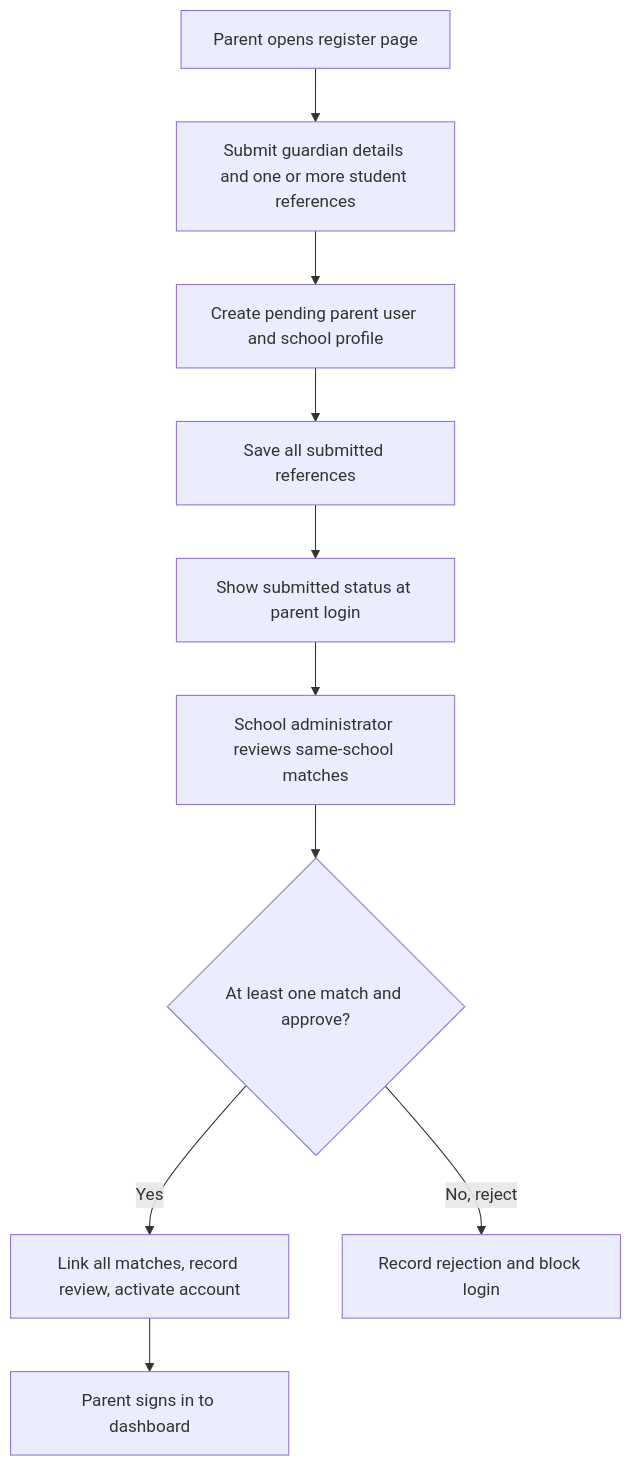
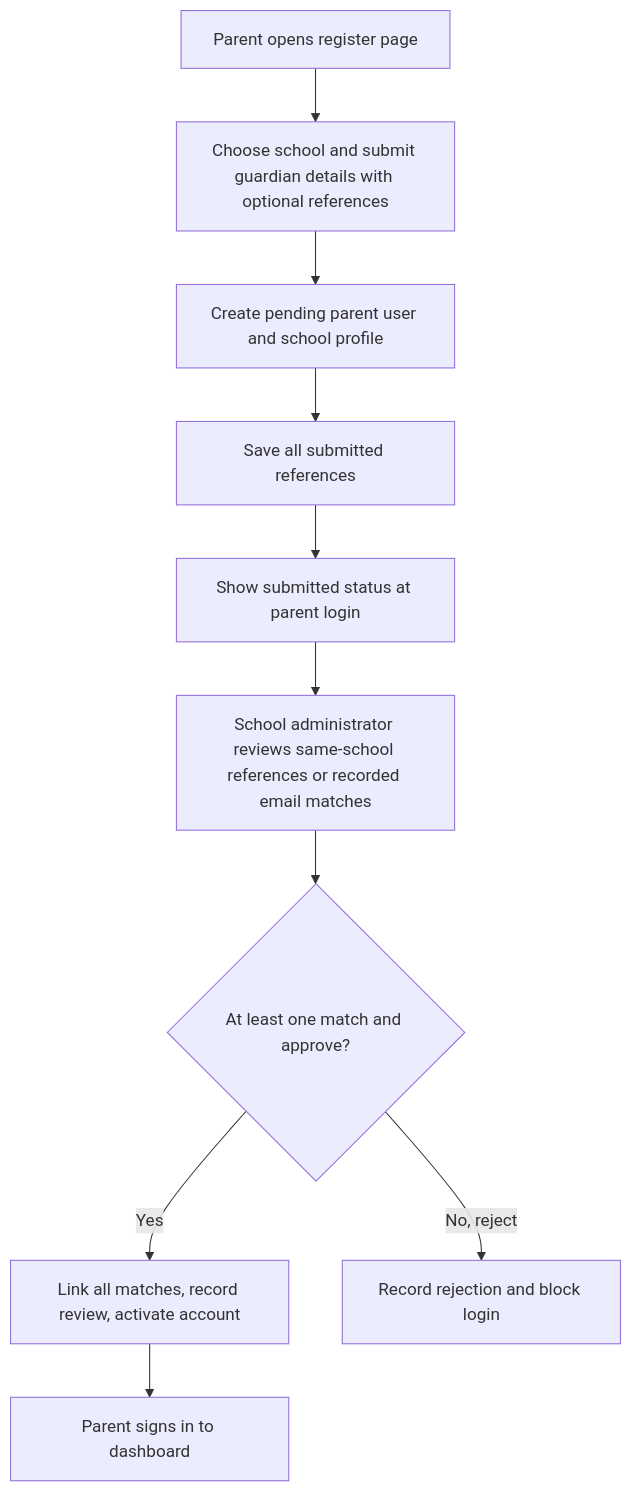
One commit to Xeyn19/xmetapay changed the fifth of 7 diagrams in docs/DATABASE_SCHEMA_PLAN.md. Above: the diagram before and after it, drawn with Mermaid. The commit also changed other lines of this file and 29 other files, not shown here.

````diff
--- a/docs/DATABASE_SCHEMA_PLAN.md
+++ b/docs/DATABASE_SCHEMA_PLAN.md
@@ -876,12 +881,12 @@
 ```mermaid
 flowchart TD
-  A["Parent opens register page"] --> B["Submit guardian details and one or more student references"]
+  A["Parent opens register page"] --> B["Choose school and submit guardian details with optional references"]
   B --> C["Create pending parent user and school profile"]
   C --> D["Save all submitted references"]
   D --> E["Show submitted status at parent login"]
-  E --> F["School administrator reviews same-school matches"]
+  E --> F["School administrator reviews same-school references or recorded email matches"]
   F --> G{"At least one match and approve?"}
   G -->|Yes| H["Link all matches, record review, activate account"]
   G -->|No, reject| I["Record rejection and block login"]
   H --> J["Parent signs in to dashboard"]
 ```
````
